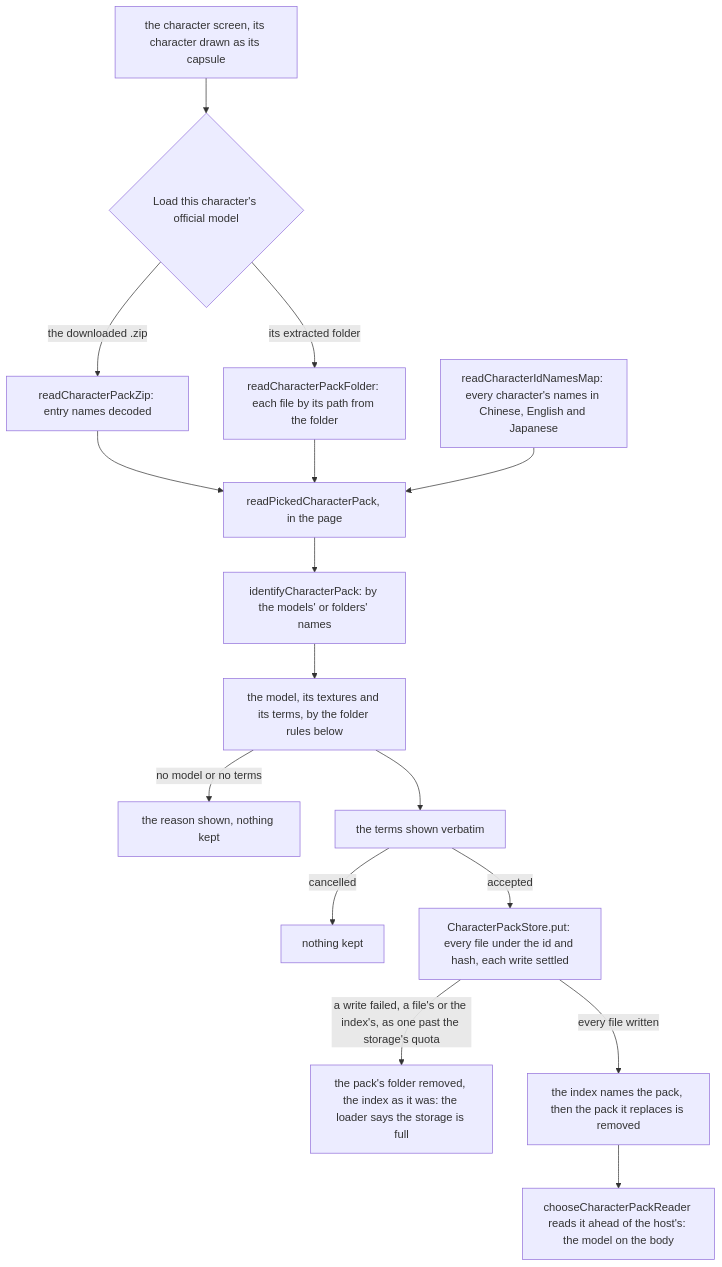
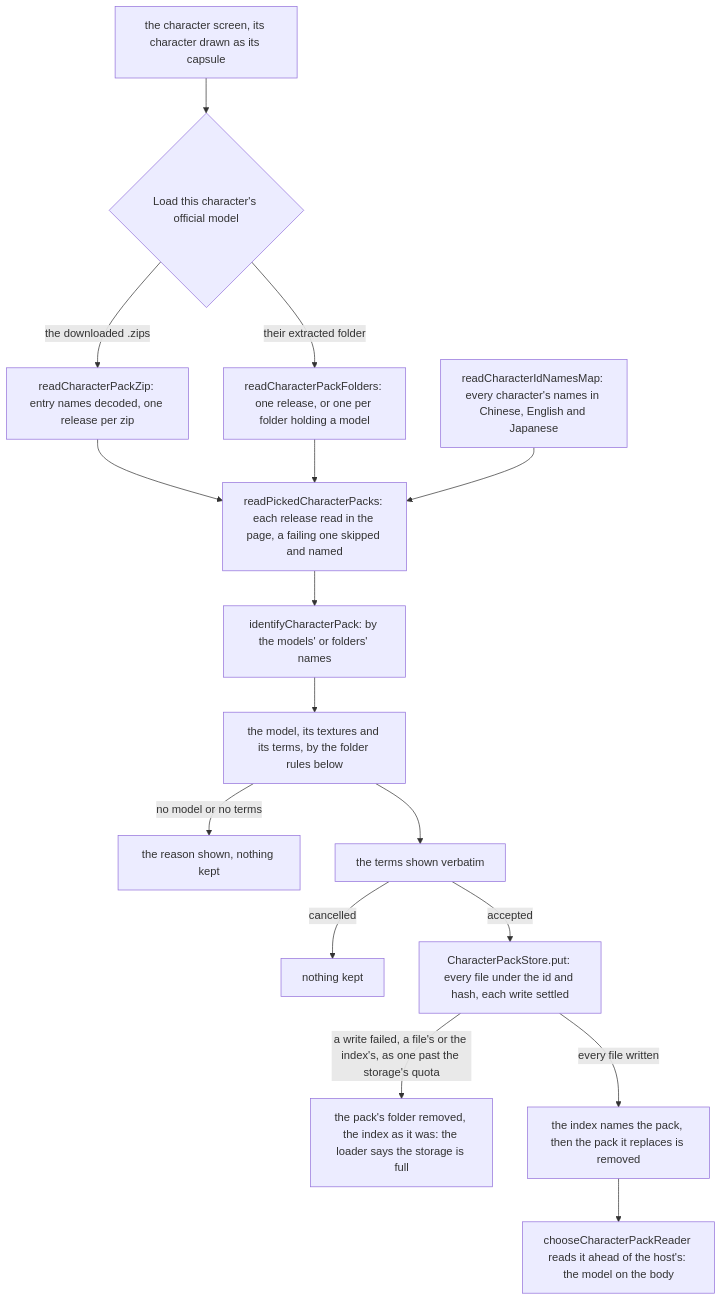
Before and after one commit to Esposter/Esposter: the diagram in apps/web/content/docs/genshin/characters/player-packs.md, drawn with Mermaid. The commit also changed other lines of this file and 5 other files, not shown here.

First line of the commit message:
feat(genshin-world): the loader reads many releases in one pick, under one terms dialog

````diff
--- a/apps/web/content/docs/genshin/characters/player-packs.md
+++ b/apps/web/content/docs/genshin/characters/player-packs.md
@@ -12,18 +12,18 @@
 ```mermaid
 flowchart TD
   OPEN["the character screen, its character drawn as its capsule"] --> PICK{"Load this character's official model"}
-  PICK -->|"the downloaded .zip"| ZIP["readCharacterPackZip: entry names decoded"]
-  PICK -->|"its extracted folder"| FOLDER["readCharacterPackFolder: each file by its path from the folder"]
-  ZIP --> READ["readPickedCharacterPack, in the page"]
+  PICK -->|"the downloaded .zips"| ZIP["readCharacterPackZip: entry names decoded, one release per zip"]
+  PICK -->|"their extracted folder"| FOLDER["readCharacterPackFolders: one release, or one per folder holding a model"]
+  ZIP --> READ["readPickedCharacterPacks: each release read in the page, a failing one skipped and named"]
   FOLDER --> READ
   NAMES["readCharacterIdNamesMap: every character's names in Chinese, English and Japanese"] --> READ
   READ --> WHO["identifyCharacterPack: by the models' or folders' names"]
   WHO --> RULES["the model, its textures and its terms, by the folder rules below"]
   RULES -->|"no model or no terms"| REFUSED["the reason shown, nothing kept"]
   RULES --> TERMS["the terms shown verbatim"]
   TERMS -->|cancelled| DROPPED["nothing kept"]
   TERMS -->|accepted| PUT["CharacterPackStore.put: every file under the id and hash, each write settled"]
   PUT -->|"a write failed, a file's or the index's, as one past the storage's quota"| UNKEPT["the pack's folder removed, the index as it was: the loader says the storage is full"]
   PUT -->|"every file written"| INDEXED["the index names the pack, then the pack it replaces is removed"]
   INDEXED --> DRAW["chooseCharacterPackReader reads it ahead of the host's: the model on the body"]
 ```
````
